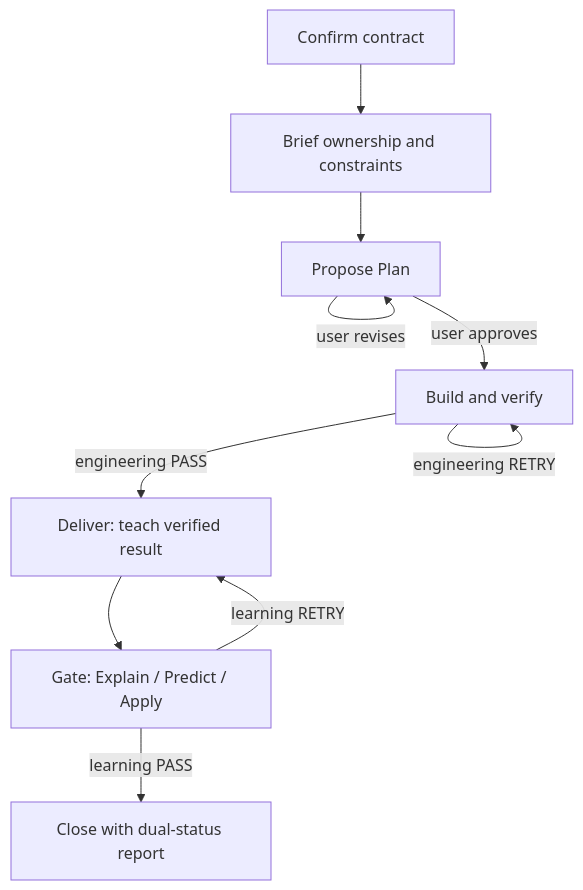
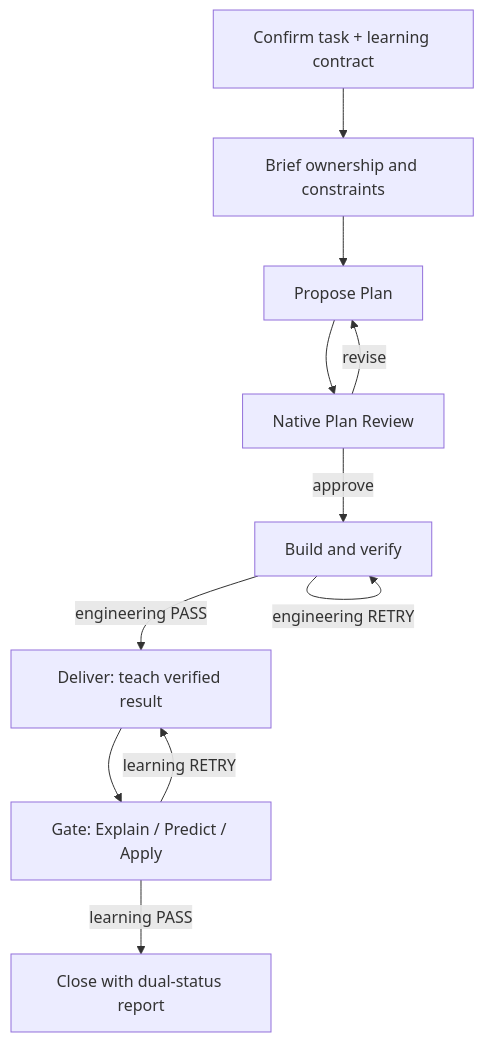
The diagram in README.md (SeRendizc/ai-coding-learning-loop), drawn with Mermaid before and after one commit. The commit also changed other lines of this file and 5 other files, not shown here.

````diff
--- a/README.md
+++ b/README.md
@@ -51,12 +65,13 @@
 ```mermaid
 flowchart TD
-  A["Confirm contract"] --> B["Brief ownership and constraints"]
+  A["Confirm task + learning contract"] --> B["Brief ownership and constraints"]
   B --> P["Propose Plan"]
-  P -->|user revises| P
-  P -->|user approves| C["Build and verify"]
+  P --> R["Native Plan Review"]
+  R -->|revise| P
+  R -->|approve| C["Build and verify"]
   C -->|engineering RETRY| C
   C -->|engineering PASS| D["Deliver: teach verified result"]
   D --> E["Gate: Explain / Predict / Apply"]
   E -->|learning RETRY| D
   E -->|learning PASS| F["Close with dual-status report"]
 ```
````
